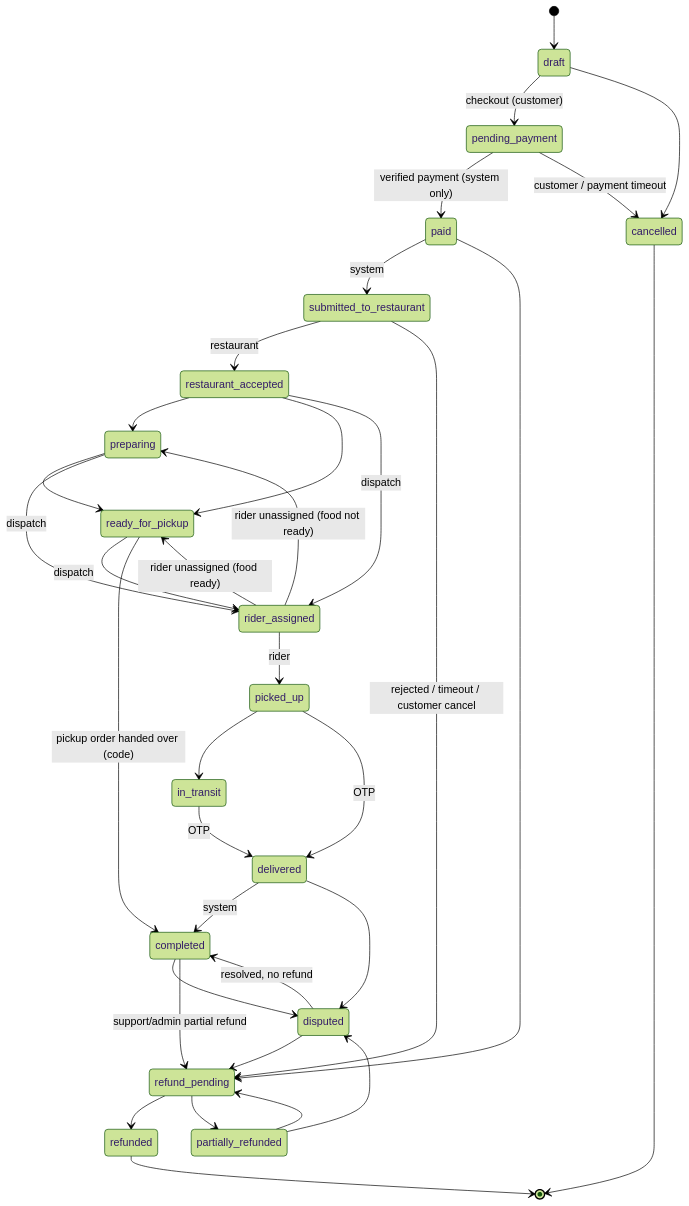
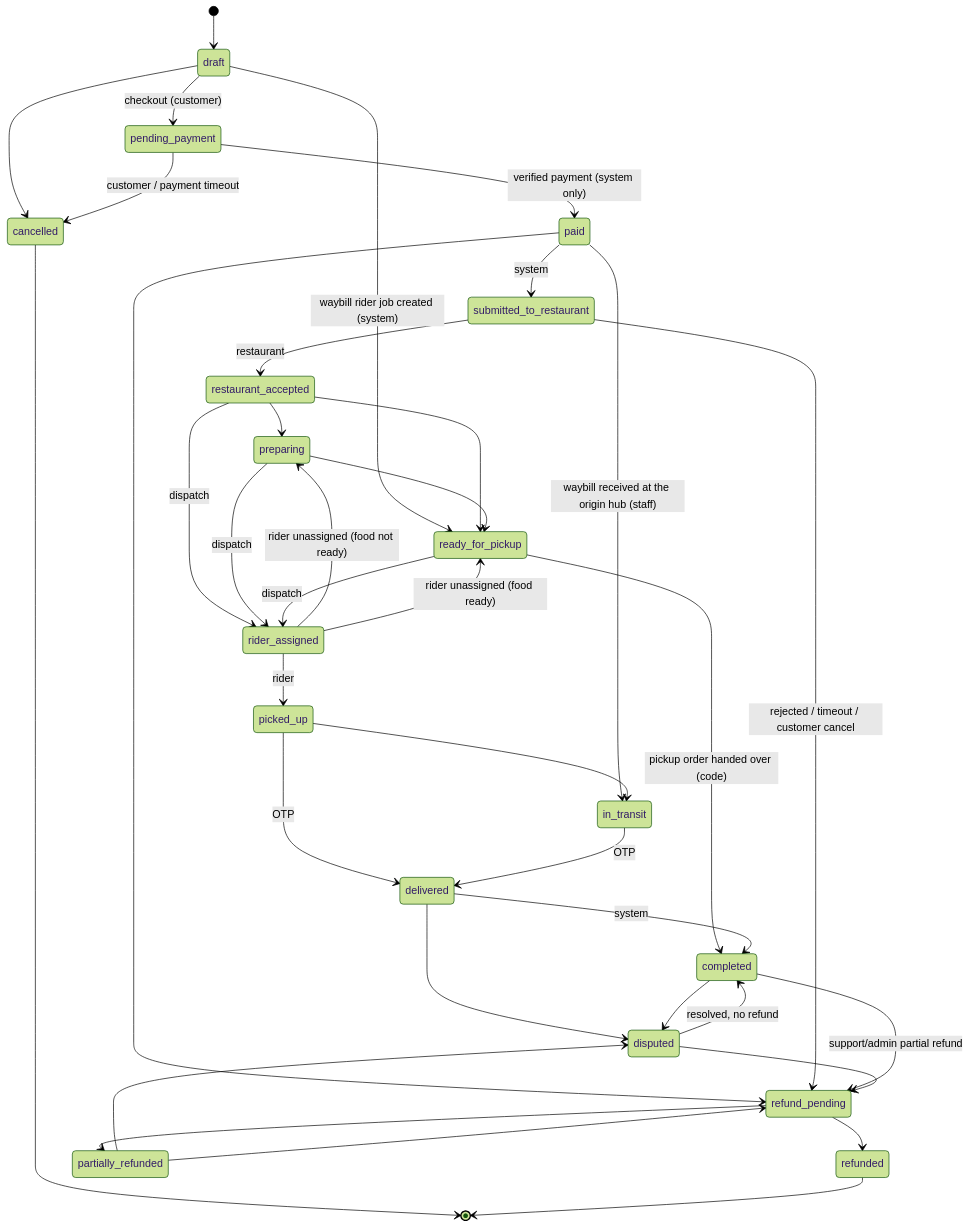
Before and after one commit to Hubert24hrs/Gud_Meal: the diagram in docs/architecture/order-lifecycle.md, drawn with Mermaid (forest theme). The commit also changed other lines of this file and 10 other files, not shown here.

````diff
--- a/docs/architecture/order-lifecycle.md
+++ b/docs/architecture/order-lifecycle.md
@@ -15,37 +15,39 @@
 ```mermaid
 stateDiagram-v2
   [*] --> draft
   draft --> pending_payment: checkout (customer)
   draft --> cancelled
   pending_payment --> paid: verified payment (system only)
   pending_payment --> cancelled: customer / payment timeout
   paid --> submitted_to_restaurant: system
+  paid --> in_transit: waybill received at the origin hub (staff)
+  draft --> ready_for_pickup: waybill rider job created (system)
   paid --> refund_pending
   submitted_to_restaurant --> restaurant_accepted: restaurant
   submitted_to_restaurant --> refund_pending: rejected / timeout / customer cancel
   restaurant_accepted --> preparing
   restaurant_accepted --> ready_for_pickup
   restaurant_accepted --> rider_assigned: dispatch
   preparing --> ready_for_pickup
   preparing --> rider_assigned: dispatch
   ready_for_pickup --> rider_assigned: dispatch
   ready_for_pickup --> completed: pickup order handed over (code)
   rider_assigned --> picked_up: rider
   rider_assigned --> preparing: rider unassigned (food not ready)
   rider_assigned --> ready_for_pickup: rider unassigned (food ready)
   picked_up --> in_transit
   picked_up --> delivered: OTP
   in_transit --> delivered: OTP
   delivered --> completed: system
   delivered --> disputed
   completed --> disputed
   completed --> refund_pending: support/admin partial refund
   disputed --> completed: resolved, no refund
   disputed --> refund_pending
   refund_pending --> refunded
   refund_pending --> partially_refunded
   partially_refunded --> disputed
   partially_refunded --> refund_pending
   cancelled --> [*]
   refunded --> [*]
 ```
````
